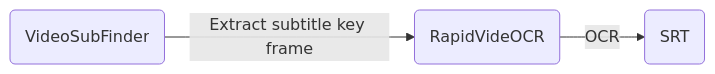
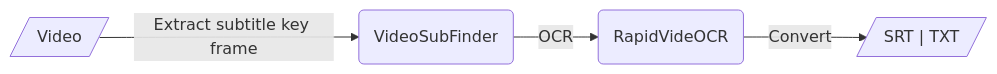
Before and after one commit to SWHL/RapidVideOCR: the diagram in README.md, drawn with Mermaid. The commit also changed other lines of this file and 1 other file, not shown here.

````diff
--- a/README.md
+++ b/README.md
@@ -41,4 +47,5 @@
 ```mermaid
 flowchart LR
-     A(VideoSubFinder) --Extract subtitle key frame--> B(RapidVideOCR) --OCR--> C(SRT)
+    A[/Video/] --Extract subtitle key frame--> B(VideoSubFinder) --OCR-->C(RapidVideOCR)
+    C --Convert--> D[/"SRT | TXT"/]
 ```
````
